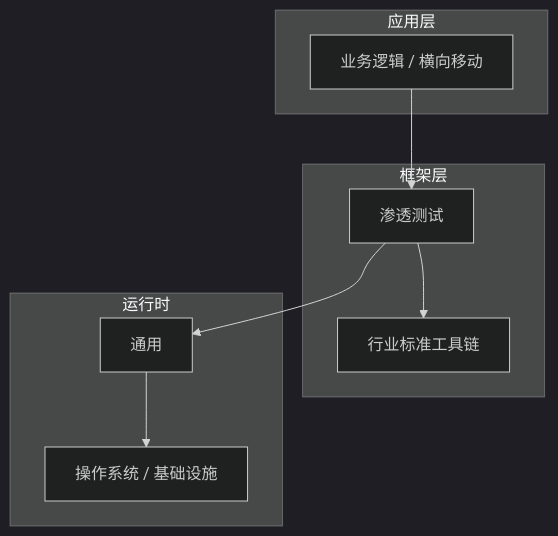
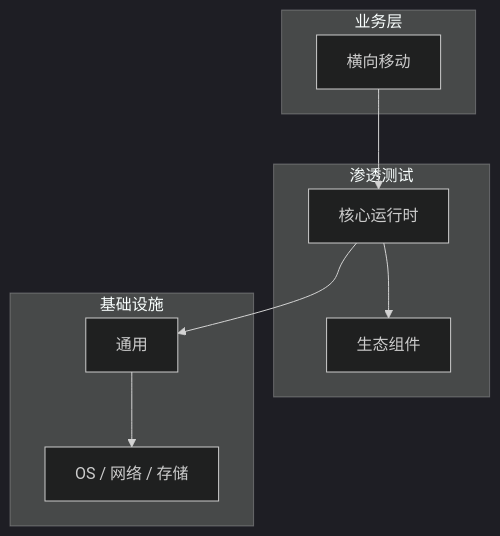
One commit to yanggan2015/knowledge-json-v2 changed the diagram in articles/渗透测试/chapters/043-横向移动核心概念与原理.md. Above: the diagram before and after it, drawn with Mermaid (dark theme). The commit also changed other lines of this file and 10127 other files, not shown here.

````diff
--- a/articles/渗透测试/chapters/043-横向移动核心概念与原理.md
+++ b/articles/渗透测试/chapters/043-横向移动核心概念与原理.md
@@ -46,18 +31,18 @@
 ```mermaid
 graph TB
-    subgraph 应用层
-        A[业务逻辑 / 横向移动]
+    subgraph 业务层
+        A[横向移动]
     end
-    subgraph 框架层
-        B[渗透测试]
-        C[行业标准工具链]
+    subgraph 渗透测试
+        B[核心运行时]
+        C[生态组件]
     end
-    subgraph 运行时
+    subgraph 基础设施
         D[通用]
-        E[操作系统 / 基础设施]
+        E[OS / 网络 / 存储]
     end
     A --> B
     B --> C
     B --> D
     D --> E
 ```
````
